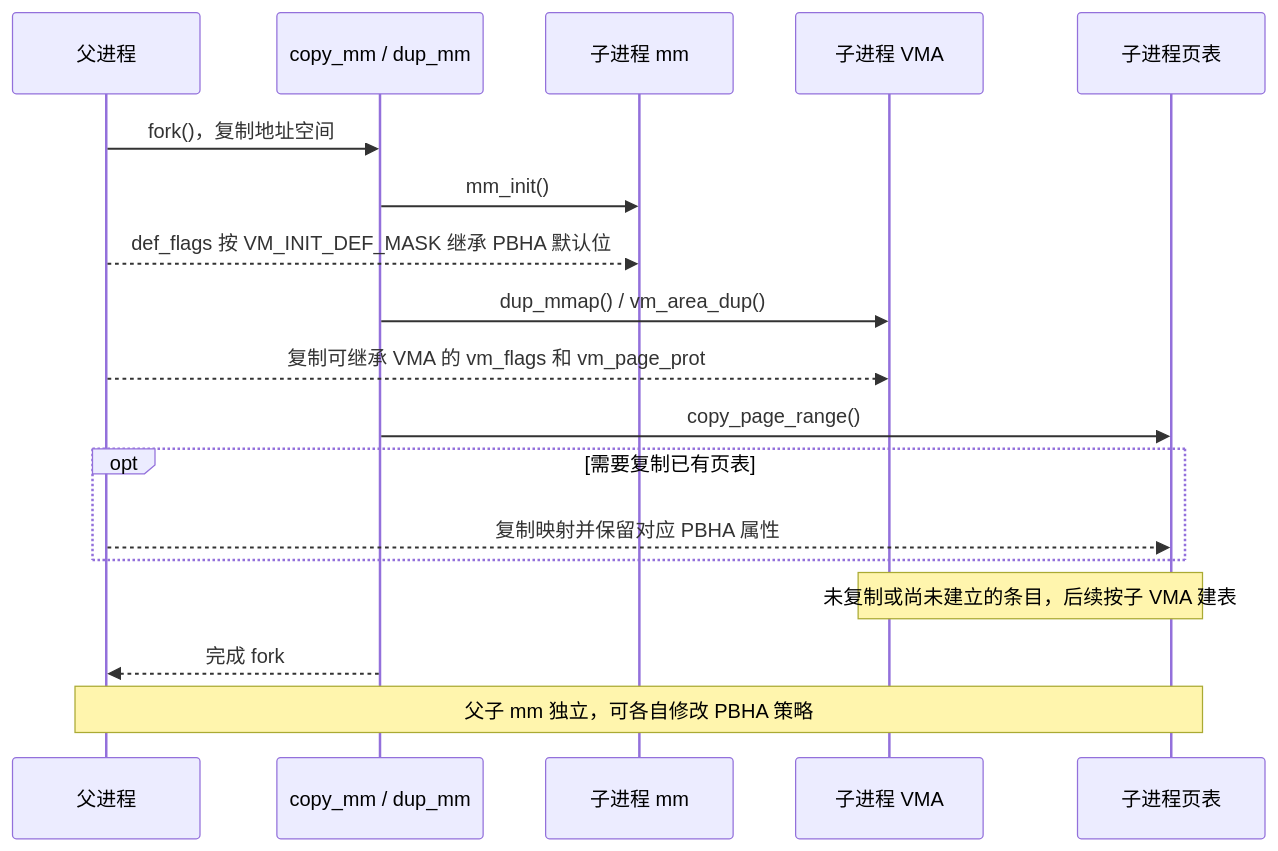
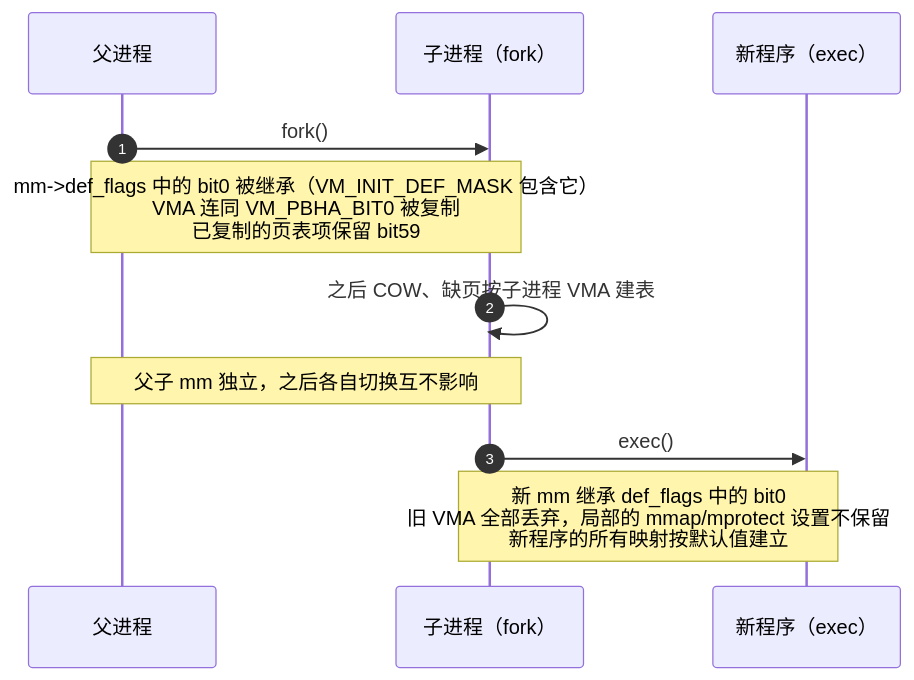
Before and after one commit to xpzgg/llm-archive: the sixth of 6 diagrams in PBHA特性设计说明书.md, drawn with Mermaid. The commit also changed other lines of this file, not shown here.

First line of the commit message:
docs: 重写 PBHA 设计说明书，按流程给出时序图与测试要点

````diff
--- a/PBHA特性设计说明书.md
+++ b/PBHA特性设计说明书.md
@@ -445,20 +285,14 @@
 ```mermaid
 sequenceDiagram
+    autonumber
     participant P as 父进程
-    participant FORK as copy_mm / dup_mm
-    participant MM as 子进程 mm
-    participant VMA as 子进程 VMA
-    participant PT as 子进程页表
-    P->>FORK: fork()，复制地址空间
-    FORK->>MM: mm_init()
-    P-->>MM: def_flags 按 VM_INIT_DEF_MASK 继承 PBHA 默认位
-    FORK->>VMA: dup_mmap() / vm_area_dup()
-    P-->>VMA: 复制可继承 VMA 的 vm_flags 和 vm_page_prot
-    FORK->>PT: copy_page_range()
-    opt 需要复制已有页表
-        P-->>PT: 复制映射并保留对应 PBHA 属性
-    end
-    Note over VMA,PT: 未复制或尚未建立的条目，后续按子 VMA 建表
-    FORK-->>P: 完成 fork
-    Note over P,PT: 父子 mm 独立，可各自修改 PBHA 策略
+    participant C as 子进程（fork）
+    participant N as 新程序（exec）
+
+    P->>C: fork()
+    Note over P,C: mm->def_flags 中的 bit0 被继承（VM_INIT_DEF_MASK 包含它）<br/>VMA 连同 VM_PBHA_BIT0 被复制<br/>已复制的页表项保留 bit59
+    C->>C: 之后 COW、缺页按子进程 VMA 建表
+    Note over P,C: 父子 mm 独立，之后各自切换互不影响
+    C->>N: exec()
+    Note over C,N: 新 mm 继承 def_flags 中的 bit0<br/>旧 VMA 全部丢弃，局部的 mmap/mprotect 设置不保留<br/>新程序的所有映射按默认值建立
 ```
````
